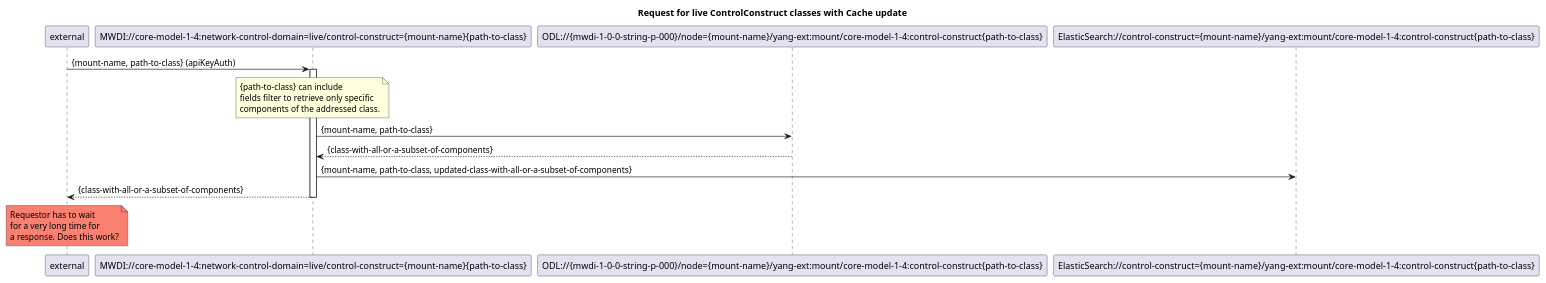
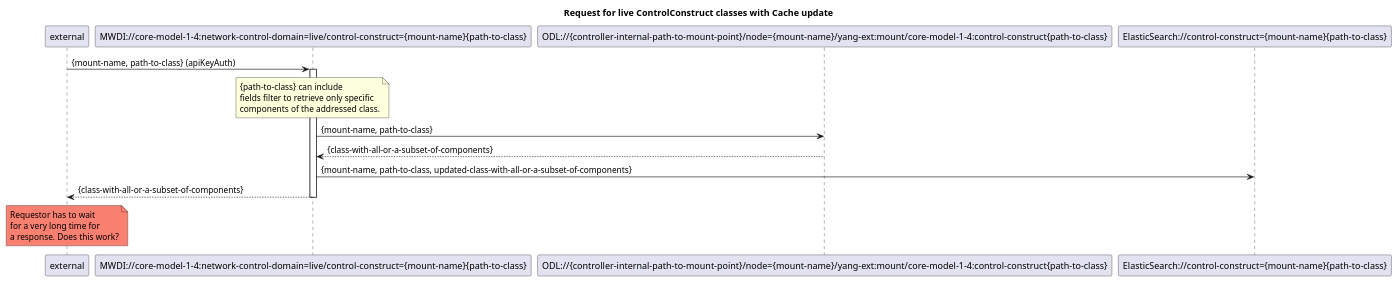
Before and after one commit to openBackhaul/MicroWaveDeviceInventory: the diagram in spec/diagrams/500_LiveRessourcePathWithCacheUpdate.plantuml, drawn with PlantUML. The commit also changed 4 other files, not shown here.

```diff
--- a/spec/diagrams/500_LiveRessourcePathWithCacheUpdate.plantuml
+++ b/spec/diagrams/500_LiveRessourcePathWithCacheUpdate.plantuml
@@ -1,27 +1,27 @@
 @startuml 500_LiveRessourcePathWithCacheUpdate
 skinparam responseMessageBelowArrow true
 
 title Request for live ControlConstruct classes with Cache update
 
 participant "external" as requestor
 participant "MWDI://core-model-1-4:network-control-domain=live/control-construct={mount-name}{path-to-class}" as LiveControlConstructClass
-participant "ODL://{mwdi-1-0-0-string-p-000}/node={mount-name}/yang-ext:mount/core-model-1-4:control-construct{path-to-class}" as OdlControlConstructClass
-participant "ElasticSearch://control-construct={mount-name}/yang-ext:mount/core-model-1-4:control-construct{path-to-class}" as EsControlConstructClass
+participant "ODL://{controller-internal-path-to-mount-point}/node={mount-name}/yang-ext:mount/core-model-1-4:control-construct{path-to-class}" as OdlControlConstructClass
+participant "ElasticSearch://control-construct={mount-name}{path-to-class}" as EsControlConstructClass
 
 requestor -> LiveControlConstructClass: {mount-name, path-to-class} (apiKeyAuth)
 activate LiveControlConstructClass
 
 note over LiveControlConstructClass: {path-to-class} can include \nfields filter to retrieve only specific \ncomponents of the addressed class.
 LiveControlConstructClass -> OdlControlConstructClass: {mount-name, path-to-class}
 OdlControlConstructClass --> LiveControlConstructClass: {class-with-all-or-a-subset-of-components}
 
 LiveControlConstructClass -> EsControlConstructClass: {mount-name, path-to-class, updated-class-with-all-or-a-subset-of-components}
 
 LiveControlConstructClass --> requestor: {class-with-all-or-a-subset-of-components}
 deactivate LiveControlConstructClass
 
 skinparam NoteBackgroundColor salmon
 note over requestor: Requestor has to wait \nfor a very long time for \na response. Does this work?
 skinparam NoteBackgroundColor default
 
 @enduml
```
